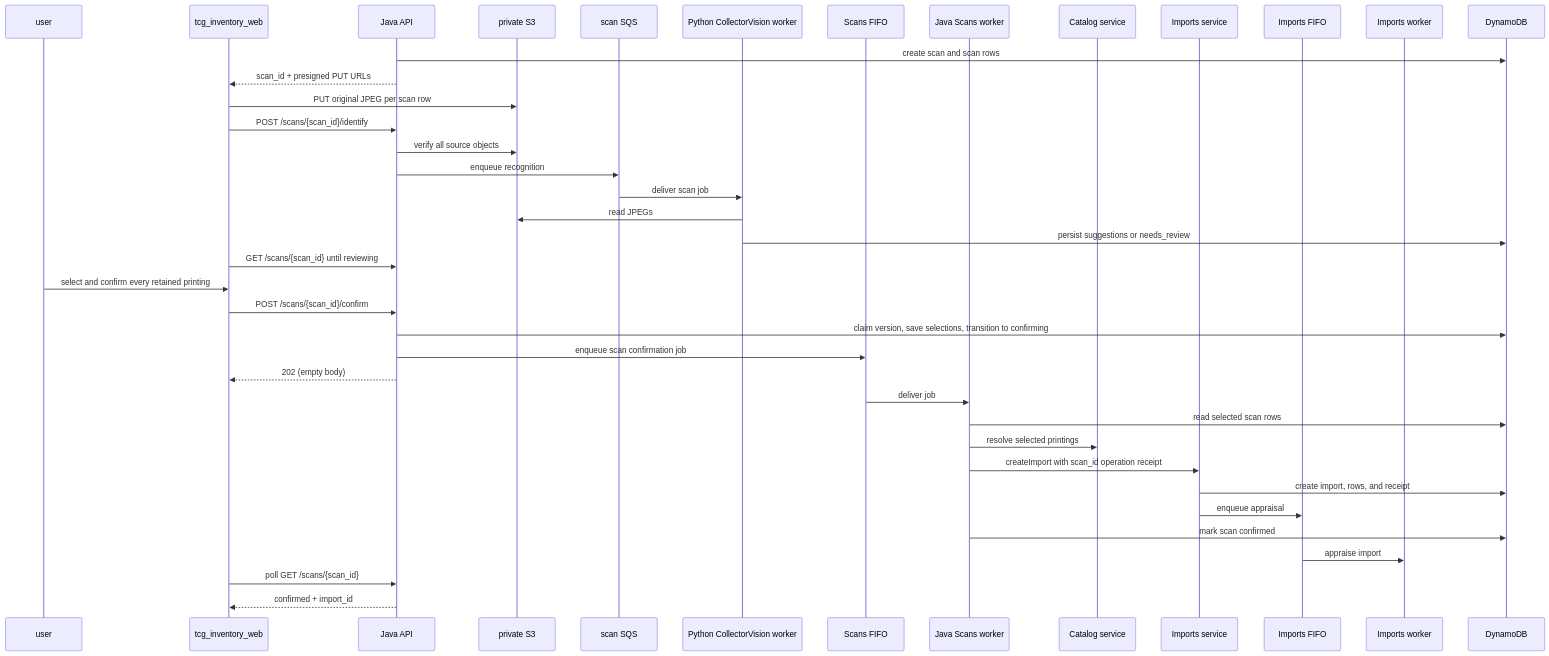
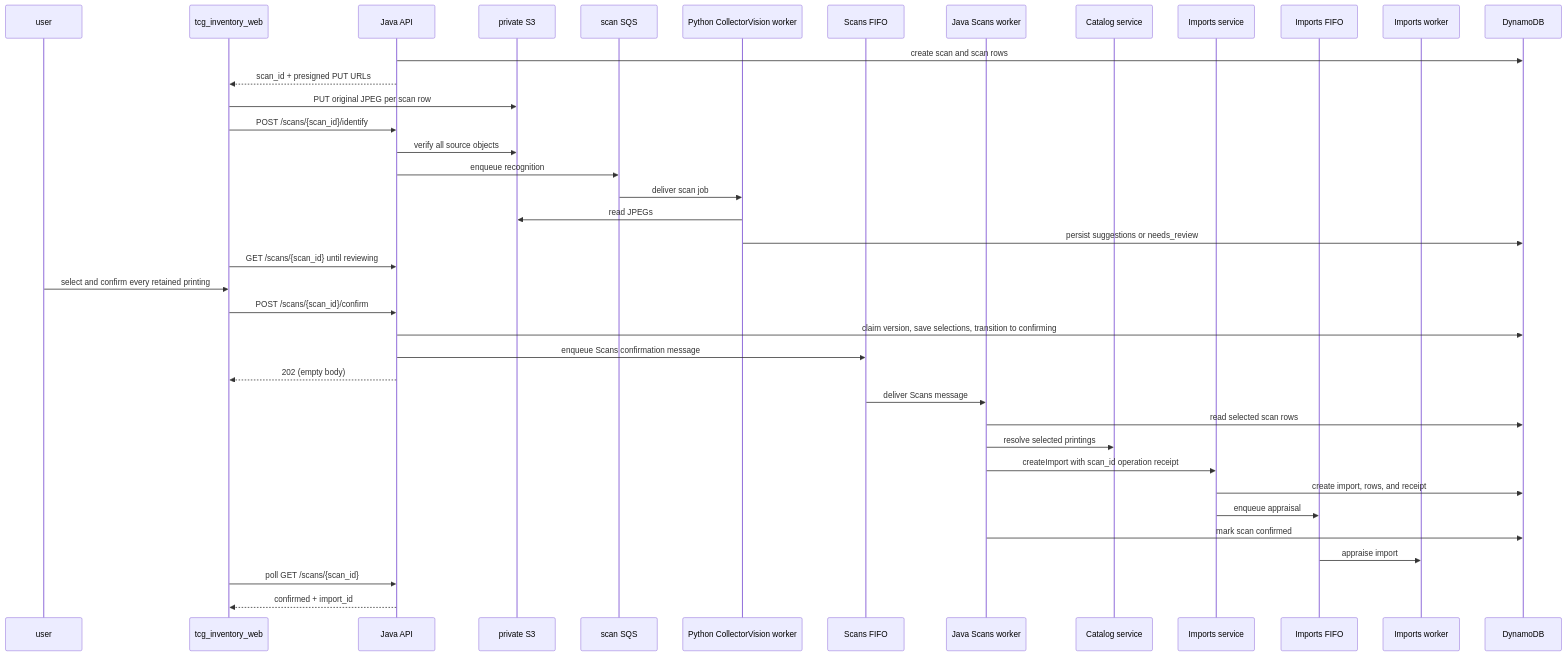
One commit to jordansimsmith/jordansimsmith-com changed the third of 3 diagrams in tcg_inventory_api/README.md. Above: the diagram before and after it, drawn with Mermaid. The commit also changed other lines of this file and 8 other files, not shown here.

````diff
--- a/tcg_inventory_api/README.md
+++ b/tcg_inventory_api/README.md
@@ -204,41 +208,41 @@
 ```mermaid
 sequenceDiagram
   participant U as user
   participant W as tcg_inventory_web
   participant A as Java API
   participant S as private S3
   participant Q as scan SQS
   participant P as Python CollectorVision worker
-  participant JQ as Scans FIFO
-  participant J as Java Scans worker
+  participant CQ as Scans FIFO
+  participant SW as Java Scans worker
   participant C as Catalog service
   participant I as Imports service
   participant IQ as Imports FIFO
   participant IW as Imports worker
   participant D as DynamoDB
   A->>D: create scan and scan rows
   A-->>W: scan_id + presigned PUT URLs
   W->>S: PUT original JPEG per scan row
   W->>A: POST /scans/{scan_id}/identify
   A->>S: verify all source objects
   A->>Q: enqueue recognition
   Q->>P: deliver scan job
   P->>S: read JPEGs
   P->>D: persist suggestions or needs_review
   W->>A: GET /scans/{scan_id} until reviewing
   U->>W: select and confirm every retained printing
   W->>A: POST /scans/{scan_id}/confirm
   A->>D: claim version, save selections, transition to confirming
-  A->>JQ: enqueue scan confirmation job
+  A->>CQ: enqueue Scans confirmation message
   A-->>W: 202 (empty body)
-  JQ->>J: deliver job
-  J->>D: read selected scan rows
-  J->>C: resolve selected printings
-  J->>I: createImport with scan_id operation receipt
+  CQ->>SW: deliver Scans message
+  SW->>D: read selected scan rows
+  SW->>C: resolve selected printings
+  SW->>I: createImport with scan_id operation receipt
   I->>D: create import, rows, and receipt
   I->>IQ: enqueue appraisal
-  J->>D: mark scan confirmed
+  SW->>D: mark scan confirmed
   IQ->>IW: appraise import
   W->>A: poll GET /scans/{scan_id}
   A-->>W: confirmed + import_id
 ```
````
